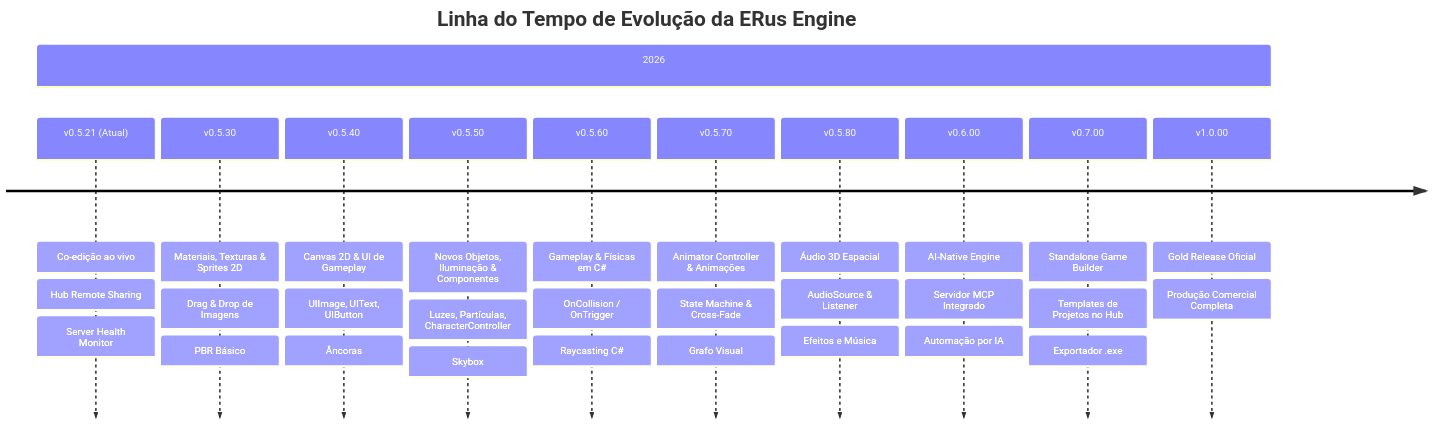
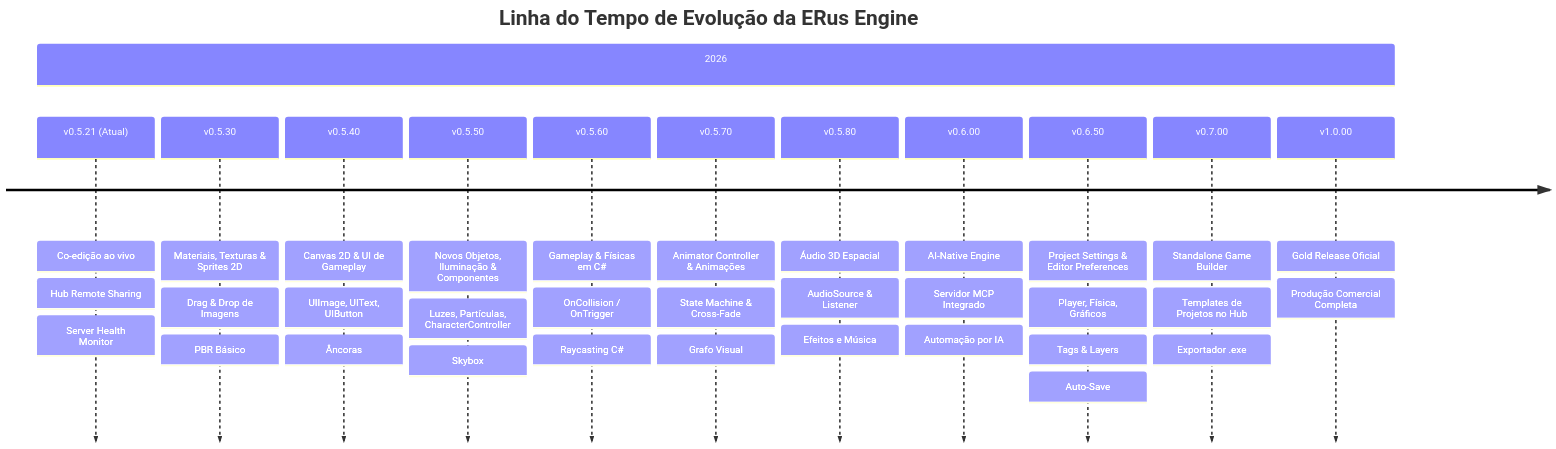
Before and after one commit to LatadosUnited/ERus: the diagram in docs/ROADMAP.md, drawn with Mermaid. The commit also changed other lines of this file, not shown here.

Commit message:
docs: adiciona versao v0.6.50 para Project Settings e Editor Preferences ao Roadmap

````diff
--- a/docs/ROADMAP.md
+++ b/docs/ROADMAP.md
@@ -7,15 +7,16 @@
 ```mermaid
 timeline
     title Linha do Tempo de Evolução da ERus Engine
     section 2026
         v0.5.21 (Atual) : Co-edição ao vivo : Hub Remote Sharing : Server Health Monitor
         v0.5.30 : Materiais, Texturas & Sprites 2D : Drag & Drop de Imagens : PBR Básico
         v0.5.40 : Canvas 2D & UI de Gameplay : UIImage, UIText, UIButton : Âncoras
         v0.5.50 : Novos Objetos, Iluminação & Componentes : Luzes, Partículas, CharacterController : Skybox
         v0.5.60 : Gameplay & Físicas em C# : OnCollision / OnTrigger : Raycasting C#
         v0.5.70 : Animator Controller & Animações : State Machine & Cross-Fade : Grafo Visual
         v0.5.80 : Áudio 3D Espacial : AudioSource & Listener : Efeitos e Música
         v0.6.00 : AI-Native Engine : Servidor MCP Integrado : Automação por IA
+        v0.6.50 : Project Settings & Editor Preferences : Player, Física, Gráficos : Tags & Layers : Auto-Save
         v0.7.00 : Standalone Game Builder : Templates de Projetos no Hub : Exportador .exe
         v1.0.00 : Gold Release Oficial : Produção Comercial Completa
 ```
````
